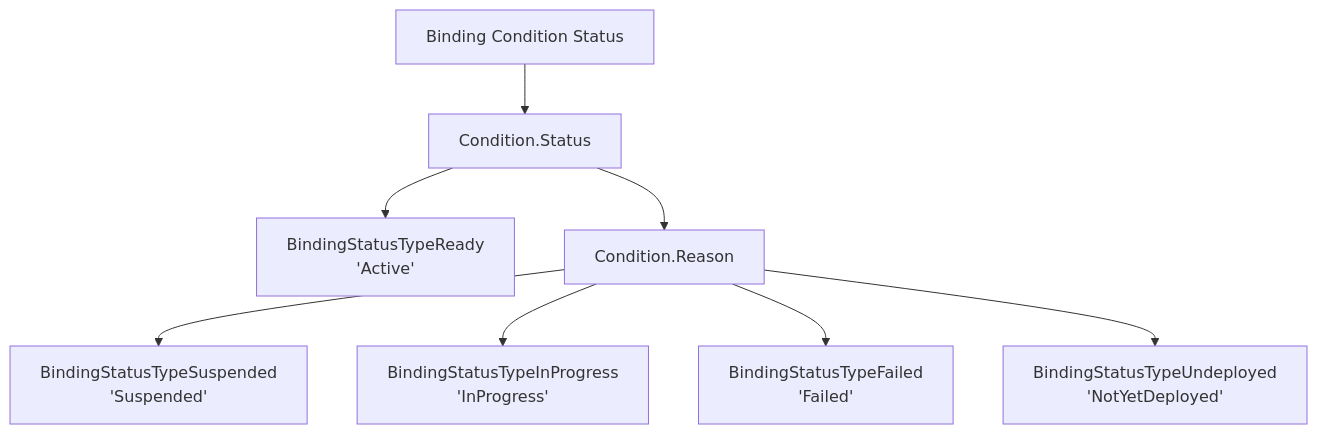
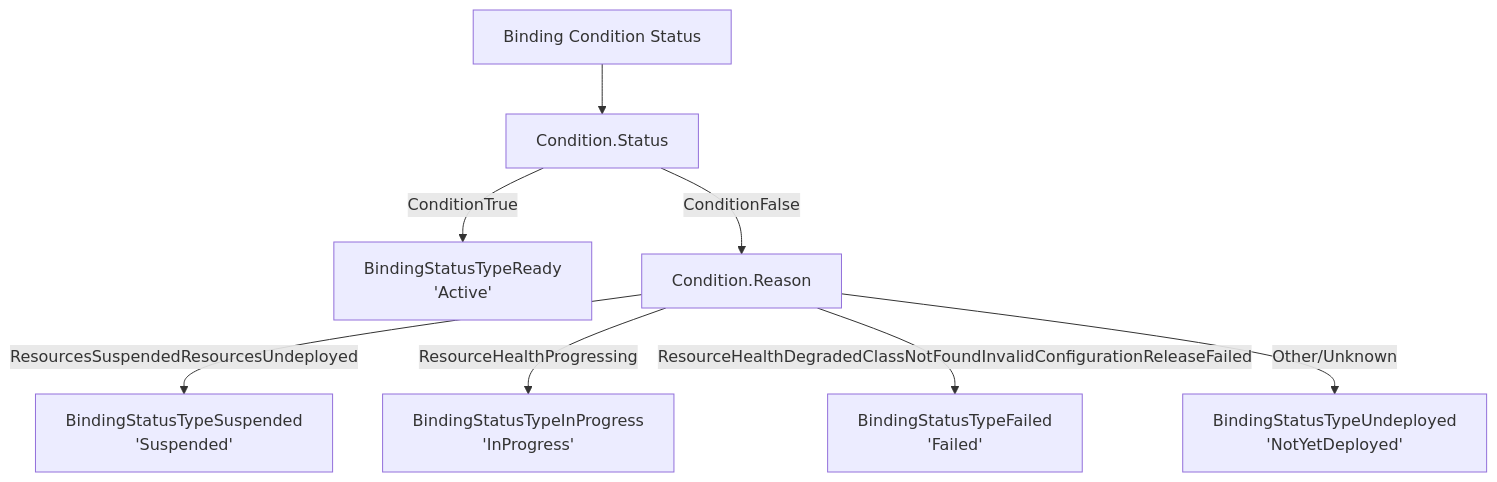
The third of 7 diagrams in docs/deepwiki/Component-Management.md (openchoreo/openchoreo), drawn with Mermaid before and after one commit. The commit also changed other lines of this file and 85 other files, not shown here.

Commit message:
feat: Add new workflow and specification templates, update Helm chart dependencies, and clarify documentation diagrams.

````diff
--- a/docs/deepwiki/Component-Management.md
+++ b/docs/deepwiki/Component-Management.md
@@ -205,20 +205,20 @@
 ```mermaid
 flowchart TD
 
 Start["Binding Condition Status"]
 CheckConditionStatus["Condition.Status"]
 Ready["BindingStatusTypeReady<br>'Active'"]
 CheckReason["Condition.Reason"]
 Suspended["BindingStatusTypeSuspended<br>'Suspended'"]
 InProgress["BindingStatusTypeInProgress<br>'InProgress'"]
 Failed["BindingStatusTypeFailed<br>'Failed'"]
 Undeployed["BindingStatusTypeUndeployed<br>'NotYetDeployed'"]
 
 Start --> CheckConditionStatus
-CheckConditionStatus --> Ready
-CheckConditionStatus --> CheckReason
-CheckReason --> Suspended
-CheckReason --> InProgress
-CheckReason --> Failed
-CheckReason --> Undeployed
+CheckConditionStatus -->|"ConditionTrue"| Ready
+CheckConditionStatus -->|"ConditionFalse"| CheckReason
+CheckReason -->|"ResourcesSuspendedResourcesUndeployed"| Suspended
+CheckReason -->|"ResourceHealthProgressing"| InProgress
+CheckReason -->|"ResourceHealthDegradedClassNotFoundInvalidConfigurationReleaseFailed"| Failed
+CheckReason -->|"Other/Unknown"| Undeployed
 ```
````
